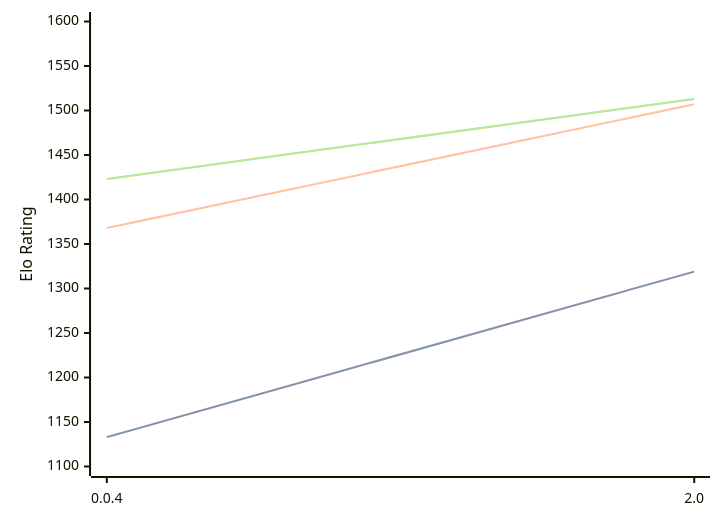
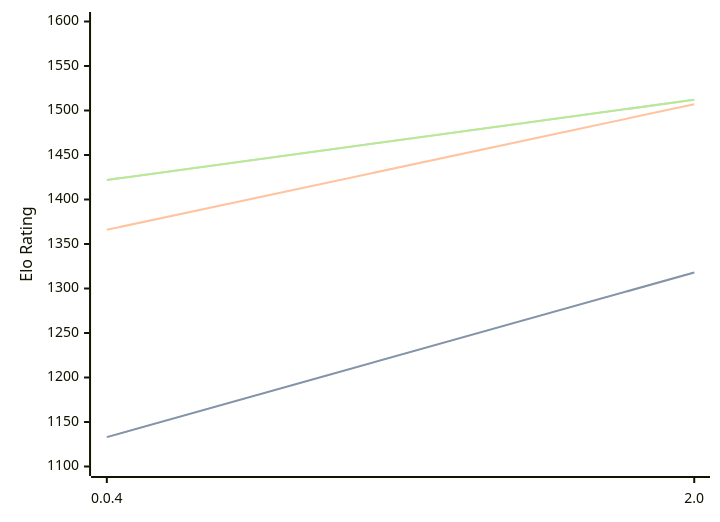
The diagram in engines/Oops!Mate.md (computer-chess-index/cci), drawn with Mermaid before and after one commit. The commit also changed other lines of this file, not shown here.

Commit message:
Update CCI Ratings (ELO VLTC) - 2026-03-07

````diff
--- a/engines/Oops!Mate.md
+++ b/engines/Oops!Mate.md
@@ -49,11 +49,11 @@
 ```mermaid
 %%{init: {"theme":"base","themeVariables":{"seriesColors:['#a3a3a3','#222221','#faa371']}}}%%
 xychart-beta
   x-axis ["0.0.4", "2.0"]
   y-axis "Elo Rating" 1100 --> 1600
-  line "STC (8.0+0.08s)" [1133, 1319]
-  line "STC (8.0+0.08s)" [1133, 1319]
-  line "LTC (60.0+0.60s)" [1368, 1507]
-  line "VLTC (2m24s+1.12s)" [1423, 1513]
-  line "VLTC (2m24s+1.12s)" [1423, 1513]
+  line "STC (8.0+0.08s)" [1133, 1318]
+  line "STC (8.0+0.08s)" [1133, 1318]
+  line "LTC (60.0+0.60s)" [1366, 1507]
+  line "VLTC (2m24s+1.12s)" [1422, 1512]
+  line "VLTC (2m24s+1.12s)" [1422, 1512]
 ```
````
